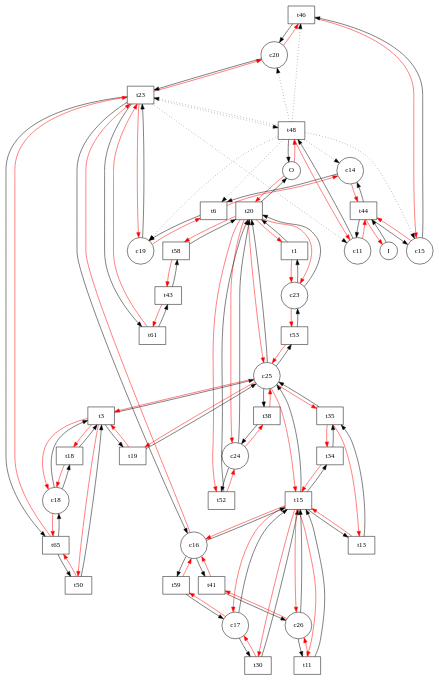
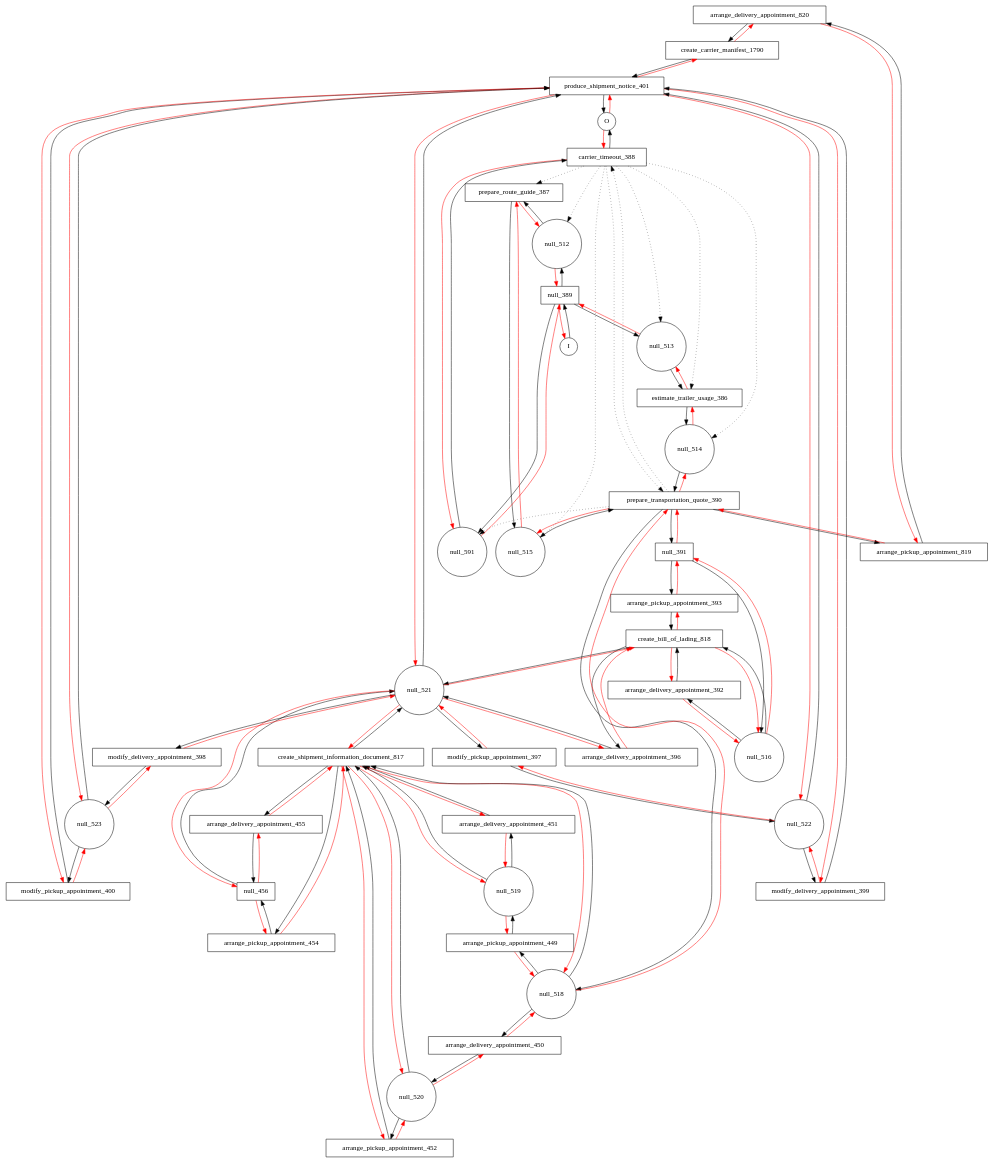
Before and after one commit to nricci/YAWL2FSP: the diagram in output/carrier_appointment.dot, drawn with Graphviz. The commit also changed 35 other files, not shown here.

```diff
--- a/output/carrier_appointment.dot
+++ b/output/carrier_appointment.dot
@@ -1,168 +1,168 @@
 digraph {
 	// CARRIER_APPOINTMENT
 
 	// Elements
-	t46 [shape=box];
-	t44 [shape=box];
-	t43 [shape=box];
-	t41 [shape=box];
-	t48 [shape=box];
-	t34 [shape=box];
-	t35 [shape=box];
-	t30 [shape=box];
-	t38 [shape=box];
-	t20 [shape=box];
-	t23 [shape=box];
-	t11 [shape=box];
-	t13 [shape=box];
-	t15 [shape=box];
-	t18 [shape=box];
-	t19 [shape=box];
-	t6 [shape=box];
-	t3 [shape=box];
-	t50 [shape=box];
-	t1 [shape=box];
-	t59 [shape=box];
-	t58 [shape=box];
-	t53 [shape=box];
-	t52 [shape=box];
-	t61 [shape=box];
-	t65 [shape=box];
-	c22 [shape=circle][label=O];
-	c20 [shape=circle];
-	c26 [shape=circle];
-	c25 [shape=circle];
-	c24 [shape=circle];
-	c23 [shape=circle];
-	c17 [shape=circle];
-	c16 [shape=circle];
-	c19 [shape=circle];
-	c18 [shape=circle];
-	c11 [shape=circle];
-	c15 [shape=circle];
-	c14 [shape=circle];
-	c7 [shape=circle][label=I];
+	arrange_delivery_appointment_820 [shape=box];
+	create_carrier_manifest_1790 [shape=box];
+	arrange_pickup_appointment_393 [shape=box];
+	arrange_delivery_appointment_396 [shape=box];
+	arrange_delivery_appointment_392 [shape=box];
+	modify_pickup_appointment_397 [shape=box];
+	prepare_route_guide_387 [shape=box];
+	arrange_delivery_appointment_455 [shape=box];
+	arrange_pickup_appointment_454 [shape=box];
+	arrange_delivery_appointment_451 [shape=box];
+	arrange_pickup_appointment_452 [shape=box];
+	arrange_delivery_appointment_450 [shape=box];
+	modify_pickup_appointment_400 [shape=box];
+	arrange_pickup_appointment_449 [shape=box];
+	prepare_transportation_quote_390 [shape=box];
+	produce_shipment_notice_401 [shape=box];
+	null_456 [shape=box];
+	null_389 [shape=box];
+	arrange_pickup_appointment_819 [shape=box];
+	modify_delivery_appointment_399 [shape=box];
+	modify_delivery_appointment_398 [shape=box];
+	estimate_trailer_usage_386 [shape=box];
+	create_shipment_information_document_817 [shape=box];
+	carrier_timeout_388 [shape=box];
+	null_391 [shape=box];
+	create_bill_of_lading_818 [shape=box];
+	null_591 [shape=circle];
+	inputcondition_18 [shape=circle][label=I];
+	null_513 [shape=circle];
+	null_512 [shape=circle];
+	null_518 [shape=circle];
+	null_519 [shape=circle];
+	null_516 [shape=circle];
+	null_514 [shape=circle];
+	null_515 [shape=circle];
+	null_523 [shape=circle];
+	null_522 [shape=circle];
+	null_521 [shape=circle];
+	null_520 [shape=circle];
+	outputcondition_19 [shape=circle][label=O];
 
 	// Arrows
-	c7->t44;
-	t44->c11;
-	t44->c14;
-	t44->c15;
-	t44->c7[color=red];
-	c15->t46;
-	c15->t44[color=red];
-	t46->c20;
-	t46->c15[color=red];
-	c20->t23;
-	c20->t46[color=red];
-	t23->c16;
-	t23->t65;
-	t23->t61;
-	t23->c19[color=red];
-	t23->c20[color=red];
-	t23->t48[style=dotted];
-	t23->c11[style=dotted];
-	t61->t43;
-	t61->t23[color=red];
-	t43->t58;
-	t43->t61[color=red];
-	t58->t20;
-	t58->t43[color=red];
-	t20->c22;
-	t20->c25[color=red];
-	t20->c24[color=red];
-	t20->c23[color=red];
-	t20->t1[color=red];
-	t20->t58[color=red];
-	t20->t52[color=red];
-	c22->t48[color=red];
-	c22->t20[color=red];
-	t65->c18;
-	t65->t50;
-	t65->t23[color=red];
-	t50->t3;
-	t50->t65[color=red];
-	t3->t19;
-	t3->c25;
-	t3->c18[color=red];
-	t3->t50[color=red];
-	t3->t18[color=red];
-	c25->t53;
-	c25->t20;
-	c25->t38;
-	c25->t15[color=red];
-	c25->t3[color=red];
-	c25->t19[color=red];
-	c25->t35[color=red];
-	t38->c24;
-	t38->c25[color=red];
-	c24->t52;
-	c24->t20;
-	c24->t38[color=red];
-	t52->t20;
-	t52->c24[color=red];
-	t53->c23;
-	t53->c25[color=red];
-	c23->t20;
-	c23->t1;
-	c23->t53[color=red];
-	t1->t20;
-	t1->c23[color=red];
-	t19->c25;
-	t19->t3[color=red];
-	c18->t18;
-	c18->t3;
-	c18->t65[color=red];
-	t18->t3;
-	t18->c18[color=red];
-	c16->t59;
-	c16->t41;
-	c16->t15;
-	c16->t23[color=red];
-	t15->c25;
-	t15->t34;
-	t15->t13;
-	t15->c16[color=red];
-	t15->c17[color=red];
-	t15->c26[color=red];
-	t15->t11[color=red];
-	t15->t30[color=red];
-	t13->t35;
-	t13->t15[color=red];
-	t35->c25;
-	t35->t13[color=red];
-	t35->t34[color=red];
-	t34->t35;
-	t34->t15[color=red];
-	t41->c26;
-	t41->c16[color=red];
-	c26->t11;
-	c26->t15;
-	c26->t41[color=red];
-	t11->t15;
-	t11->c26[color=red];
-	t59->c17;
-	t59->c16[color=red];
-	c17->t30;
-	c17->t15;
-	c17->t59[color=red];
-	t30->t15;
-	t30->c17[color=red];
-	c14->t6;
-	c14->t44[color=red];
-	t6->c19;
-	t6->c14[color=red];
-	c19->t23;
-	c19->t6[color=red];
-	c11->t48;
-	c11->t44[color=red];
-	t48->c22;
-	t48->c11[color=red];
-	t48->t6[style=dotted];
-	t48->t46[style=dotted];
-	t48->t23[style=dotted];
-	t48->c15[style=dotted];
-	t48->c14[style=dotted];
-	t48->c19[style=dotted];
-	t48->c20[style=dotted];
+	inputcondition_18->null_389;
+	null_389->null_591;
+	null_389->null_513;
+	null_389->null_512;
+	null_389->inputcondition_18[color=red];
+	null_512->prepare_route_guide_387;
+	null_512->null_389[color=red];
+	prepare_route_guide_387->null_515;
+	prepare_route_guide_387->null_512[color=red];
+	null_515->prepare_transportation_quote_390;
+	null_515->prepare_route_guide_387[color=red];
+	prepare_transportation_quote_390->arrange_pickup_appointment_819;
+	prepare_transportation_quote_390->null_518;
+	prepare_transportation_quote_390->null_391;
+	prepare_transportation_quote_390->null_514[color=red];
+	prepare_transportation_quote_390->null_515[color=red];
+	prepare_transportation_quote_390->carrier_timeout_388[style=dotted];
+	prepare_transportation_quote_390->null_591[style=dotted];
+	null_391->arrange_pickup_appointment_393;
+	null_391->null_516;
+	null_391->prepare_transportation_quote_390[color=red];
+	null_516->create_bill_of_lading_818;
+	null_516->arrange_delivery_appointment_392;
+	null_516->null_391[color=red];
+	arrange_delivery_appointment_392->create_bill_of_lading_818;
+	arrange_delivery_appointment_392->null_516[color=red];
+	create_bill_of_lading_818->arrange_delivery_appointment_396;
+	create_bill_of_lading_818->null_521;
+	create_bill_of_lading_818->null_516[color=red];
+	create_bill_of_lading_818->arrange_delivery_appointment_392[color=red];
+	create_bill_of_lading_818->arrange_pickup_appointment_393[color=red];
+	null_521->modify_delivery_appointment_398;
+	null_521->produce_shipment_notice_401;
+	null_521->modify_pickup_appointment_397;
+	null_521->create_shipment_information_document_817[color=red];
+	null_521->create_bill_of_lading_818[color=red];
+	null_521->null_456[color=red];
+	null_521->arrange_delivery_appointment_396[color=red];
+	modify_pickup_appointment_397->null_522;
+	modify_pickup_appointment_397->null_521[color=red];
+	null_522->modify_delivery_appointment_399;
+	null_522->produce_shipment_notice_401;
+	null_522->modify_pickup_appointment_397[color=red];
+	produce_shipment_notice_401->outputcondition_19;
+	produce_shipment_notice_401->null_521[color=red];
+	produce_shipment_notice_401->null_523[color=red];
+	produce_shipment_notice_401->null_522[color=red];
+	produce_shipment_notice_401->modify_pickup_appointment_400[color=red];
+	produce_shipment_notice_401->modify_delivery_appointment_399[color=red];
+	produce_shipment_notice_401->create_carrier_manifest_1790[color=red];
+	outputcondition_19->carrier_timeout_388[color=red];
+	outputcondition_19->produce_shipment_notice_401[color=red];
+	modify_delivery_appointment_399->produce_shipment_notice_401;
+	modify_delivery_appointment_399->null_522[color=red];
+	modify_delivery_appointment_398->null_523;
+	modify_delivery_appointment_398->null_521[color=red];
+	null_523->produce_shipment_notice_401;
+	null_523->modify_pickup_appointment_400;
+	null_523->modify_delivery_appointment_398[color=red];
+	modify_pickup_appointment_400->produce_shipment_notice_401;
+	modify_pickup_appointment_400->null_523[color=red];
+	arrange_delivery_appointment_396->null_521;
+	arrange_delivery_appointment_396->create_bill_of_lading_818[color=red];
+	arrange_pickup_appointment_393->create_bill_of_lading_818;
+	arrange_pickup_appointment_393->null_391[color=red];
+	null_518->arrange_pickup_appointment_449;
+	null_518->arrange_delivery_appointment_450;
+	null_518->create_shipment_information_document_817;
+	null_518->prepare_transportation_quote_390[color=red];
+	create_shipment_information_document_817->arrange_delivery_appointment_455;
+	create_shipment_information_document_817->null_521;
+	create_shipment_information_document_817->arrange_pickup_appointment_454;
+	create_shipment_information_document_817->null_518[color=red];
+	create_shipment_information_document_817->null_520[color=red];
+	create_shipment_information_document_817->null_519[color=red];
+	create_shipment_information_document_817->arrange_pickup_appointment_452[color=red];
+	create_shipment_information_document_817->arrange_delivery_appointment_451[color=red];
+	arrange_pickup_appointment_454->null_456;
+	arrange_pickup_appointment_454->create_shipment_information_document_817[color=red];
+	null_456->null_521;
+	null_456->arrange_pickup_appointment_454[color=red];
+	null_456->arrange_delivery_appointment_455[color=red];
+	arrange_delivery_appointment_455->null_456;
+	arrange_delivery_appointment_455->create_shipment_information_document_817[color=red];
+	arrange_delivery_appointment_450->null_520;
+	arrange_delivery_appointment_450->null_518[color=red];
+	null_520->arrange_pickup_appointment_452;
+	null_520->create_shipment_information_document_817;
+	null_520->arrange_delivery_appointment_450[color=red];
+	arrange_pickup_appointment_452->create_shipment_information_document_817;
+	arrange_pickup_appointment_452->null_520[color=red];
+	arrange_pickup_appointment_449->null_519;
+	arrange_pickup_appointment_449->null_518[color=red];
+	null_519->arrange_delivery_appointment_451;
+	null_519->create_shipment_information_document_817;
+	null_519->arrange_pickup_appointment_449[color=red];
+	arrange_delivery_appointment_451->create_shipment_information_document_817;
+	arrange_delivery_appointment_451->null_519[color=red];
+	arrange_pickup_appointment_819->arrange_delivery_appointment_820;
+	arrange_pickup_appointment_819->prepare_transportation_quote_390[color=red];
+	arrange_delivery_appointment_820->create_carrier_manifest_1790;
+	arrange_delivery_appointment_820->arrange_pickup_appointment_819[color=red];
+	create_carrier_manifest_1790->produce_shipment_notice_401;
+	create_carrier_manifest_1790->arrange_delivery_appointment_820[color=red];
+	null_513->estimate_trailer_usage_386;
+	null_513->null_389[color=red];
+	estimate_trailer_usage_386->null_514;
+	estimate_trailer_usage_386->null_513[color=red];
+	null_514->prepare_transportation_quote_390;
+	null_514->estimate_trailer_usage_386[color=red];
+	null_591->carrier_timeout_388;
+	null_591->null_389[color=red];
+	carrier_timeout_388->outputcondition_19;
+	carrier_timeout_388->null_591[color=red];
+	carrier_timeout_388->estimate_trailer_usage_386[style=dotted];
+	carrier_timeout_388->prepare_route_guide_387[style=dotted];
+	carrier_timeout_388->prepare_transportation_quote_390[style=dotted];
+	carrier_timeout_388->null_512[style=dotted];
+	carrier_timeout_388->null_513[style=dotted];
+	carrier_timeout_388->null_514[style=dotted];
+	carrier_timeout_388->null_515[style=dotted];
 }
```
